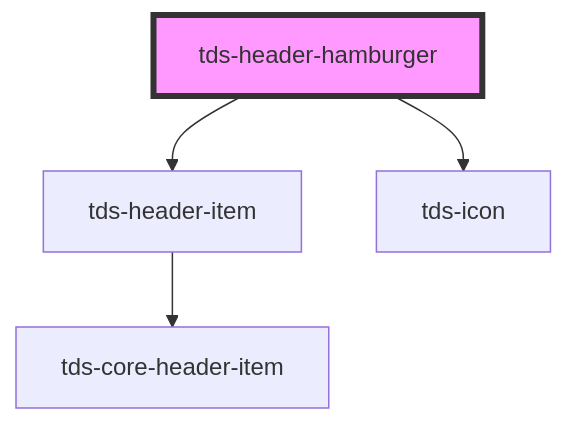
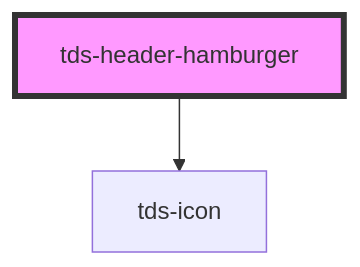
One commit to scania-digital-design-system/tegel changed the diagram in packages/core/src/components/header/header-hamburger/readme.md. Above: the diagram before and after it, drawn with Mermaid. The commit also changed other lines of this file and 21 other files, not shown here.

````diff
--- a/packages/core/src/components/header/header-hamburger/readme.md
+++ b/packages/core/src/components/header/header-hamburger/readme.md
@@ -16,7 +15,5 @@
 ```mermaid
 graph TD;
-  tds-header-hamburger --> tds-header-item
   tds-header-hamburger --> tds-icon
-  tds-header-item --> tds-core-header-item
   style tds-header-hamburger fill:#f9f,stroke:#333,stroke-width:4px
 ```
````
